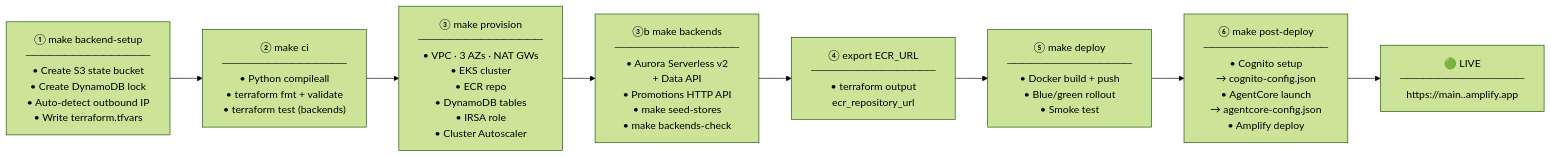
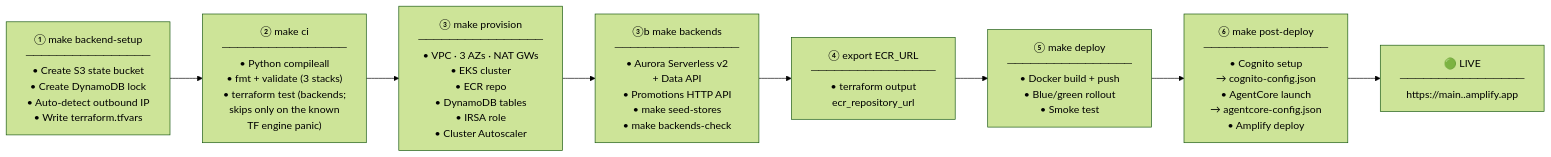
One commit to uzerGenAi/cyberport-tech-assistant changed the second of 3 diagrams in README.md. Above: the diagram before and after it, drawn with Mermaid (forest theme). The commit also changed other lines of this file, not shown here.

First line of the commit message:
docs: update README for the current architecture and CI/CD

````diff
--- a/README.md
+++ b/README.md
@@ -120,13 +134,13 @@
 ```mermaid
 flowchart LR
     S1["① make backend-setup\n────────────────\n• Create S3 state bucket\n• Create DynamoDB lock\n• Auto-detect outbound IP\n• Write terraform.tfvars"]
-    S2["② make ci\n────────────────\n• Python compileall\n• terraform fmt + validate\n• terraform test (backends)"]
+    S2["② make ci\n────────────────\n• Python compileall\n• fmt + validate (3 stacks)\n• terraform test (backends;\n  skips only on the known\n  TF engine panic)"]
     S3["③ make provision\n────────────────\n• VPC · 3 AZs · NAT GWs\n• EKS cluster\n• ECR repo\n• DynamoDB tables\n• IRSA role\n• Cluster Autoscaler"]
     S3B["③b make backends\n────────────────\n• Aurora Serverless v2\n  + Data API\n• Promotions HTTP API\n• make seed-stores\n• make backends-check"]
     S4["④ export ECR_URL\n────────────────\n• terraform output\n  ecr_repository_url"]
     S5["⑤ make deploy\n────────────────\n• Docker build + push\n• Blue/green rollout\n• Smoke test"]
     S6["⑥ make post-deploy\n────────────────\n• Cognito setup\n  → cognito-config.json\n• AgentCore launch\n  → agentcore-config.json\n• Amplify deploy"]
     LIVE["🟢 LIVE\n────────────────\nhttps://main.<app>.amplify.app"]
 
     S1 --> S2 --> S3 --> S3B --> S4 --> S5 --> S6 --> LIVE
 ```
````
